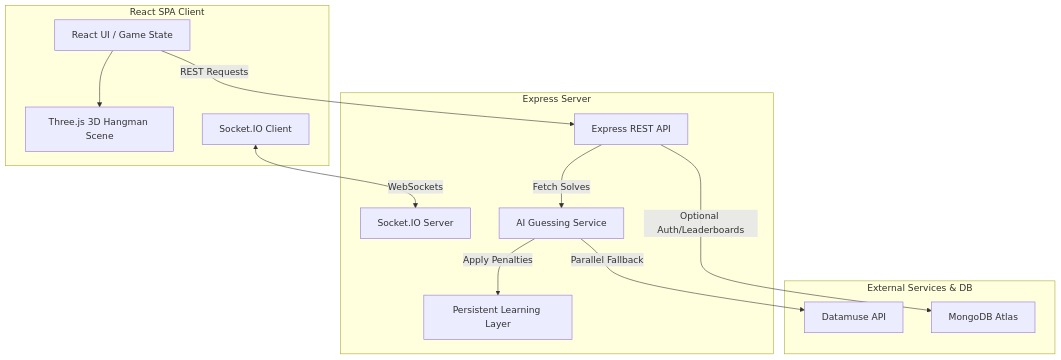
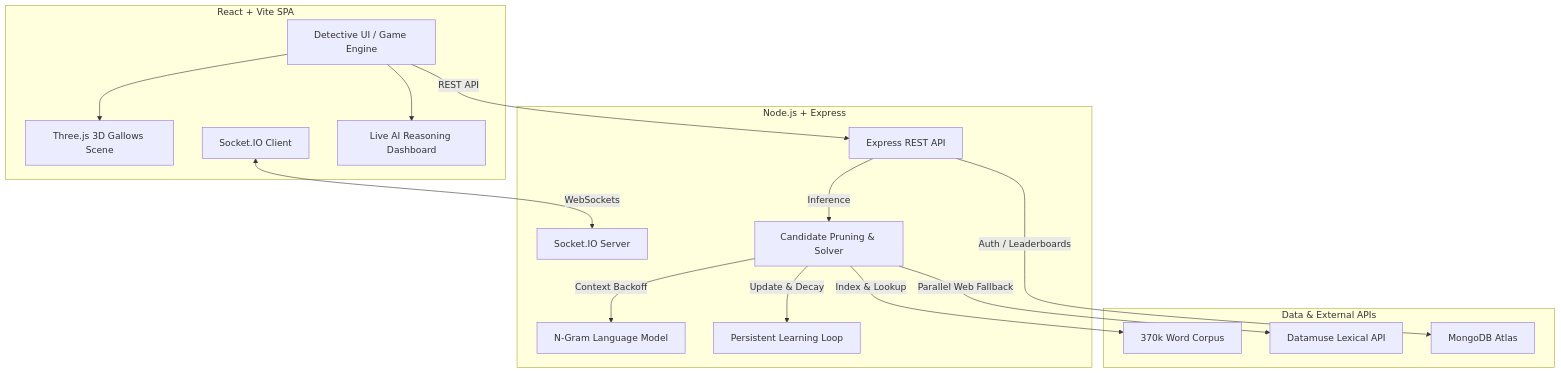
The diagram in README.md (salim7-s/Hangman-AI), drawn with Mermaid before and after one commit. The commit also changed other lines of this file, not shown here.

Commit message:
docs: clean up root README.md with comprehensive architecture and benchmarks

````diff
--- a/README.md
+++ b/README.md
@@ -7,28 +11,34 @@
 ```mermaid
 graph TD
-    subgraph Frontend [React SPA Client]
-        UI[React UI / Game State]
-        ThreeJS[Three.js 3D Hangman Scene]
+    subgraph Frontend [React + Vite SPA]
+        UI[Detective UI / Game Engine]
+        ThreeJS[Three.js 3D Gallows Scene]
         SocketClient[Socket.IO Client]
+        Explainer[Live AI Reasoning Dashboard]
     end
 
-    subgraph Backend [Express Server]
+    subgraph Backend [Node.js + Express]
         API[Express REST API]
         SocketServer[Socket.IO Server]
-        AISolver[AI Guessing Service]
-        Learning[Persistent Learning Layer]
+        NGram[N-Gram Language Model]
+        AISolver[Candidate Pruning & Solver]
+        Learning[Persistent Learning Loop]
     end
 
-    subgraph External [External Services & DB]
-        Datamuse[Datamuse API]
+    subgraph Data [Data & External APIs]
+        Corpus[370k Word Corpus]
+        Datamuse[Datamuse Lexical API]
         Mongo[MongoDB Atlas]
     end
 
-    UI -->|REST Requests| API
+    UI -->|REST API| API
     UI --> ThreeJS
+    UI --> Explainer
     SocketClient <-->|WebSockets| SocketServer
-    API -->|Fetch Solves| AISolver
-    AISolver -->|Parallel Fallback| Datamuse
-    AISolver -->|Apply Penalties| Learning
-    API -->|Optional Auth/Leaderboards| Mongo
+    API -->|Inference| AISolver
+    AISolver -->|Context Backoff| NGram
+    AISolver -->|Index & Lookup| Corpus
+    AISolver -->|Parallel Web Fallback| Datamuse
+    AISolver -->|Update & Decay| Learning
+    API -->|Auth / Leaderboards| Mongo
 ```
````
